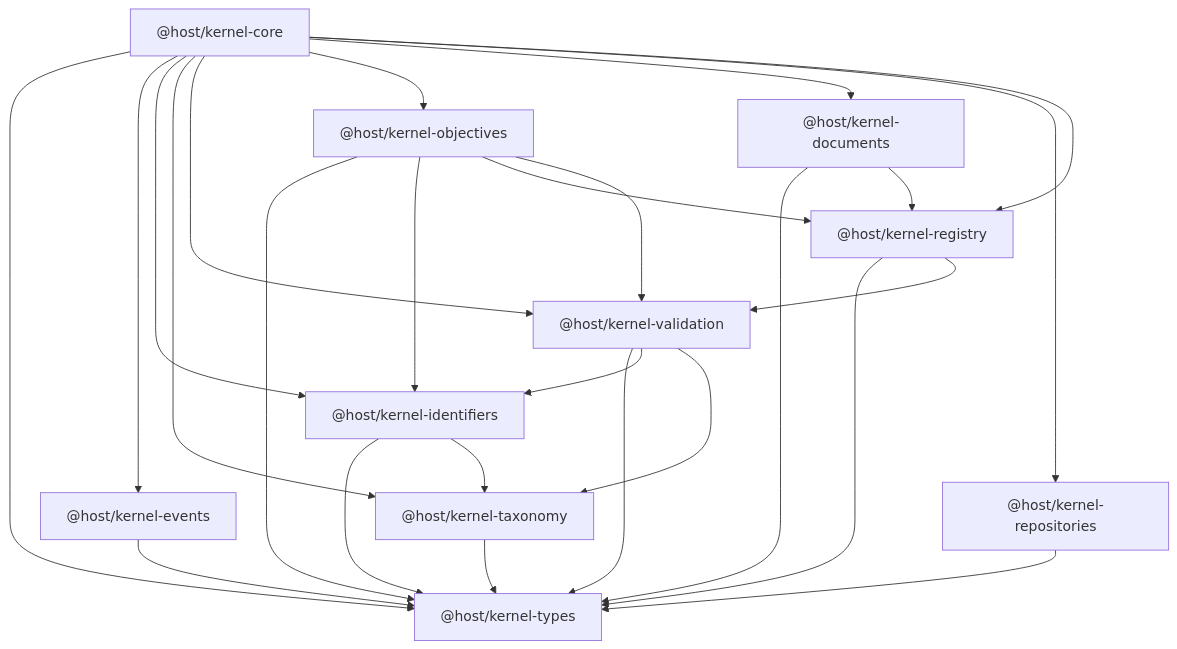
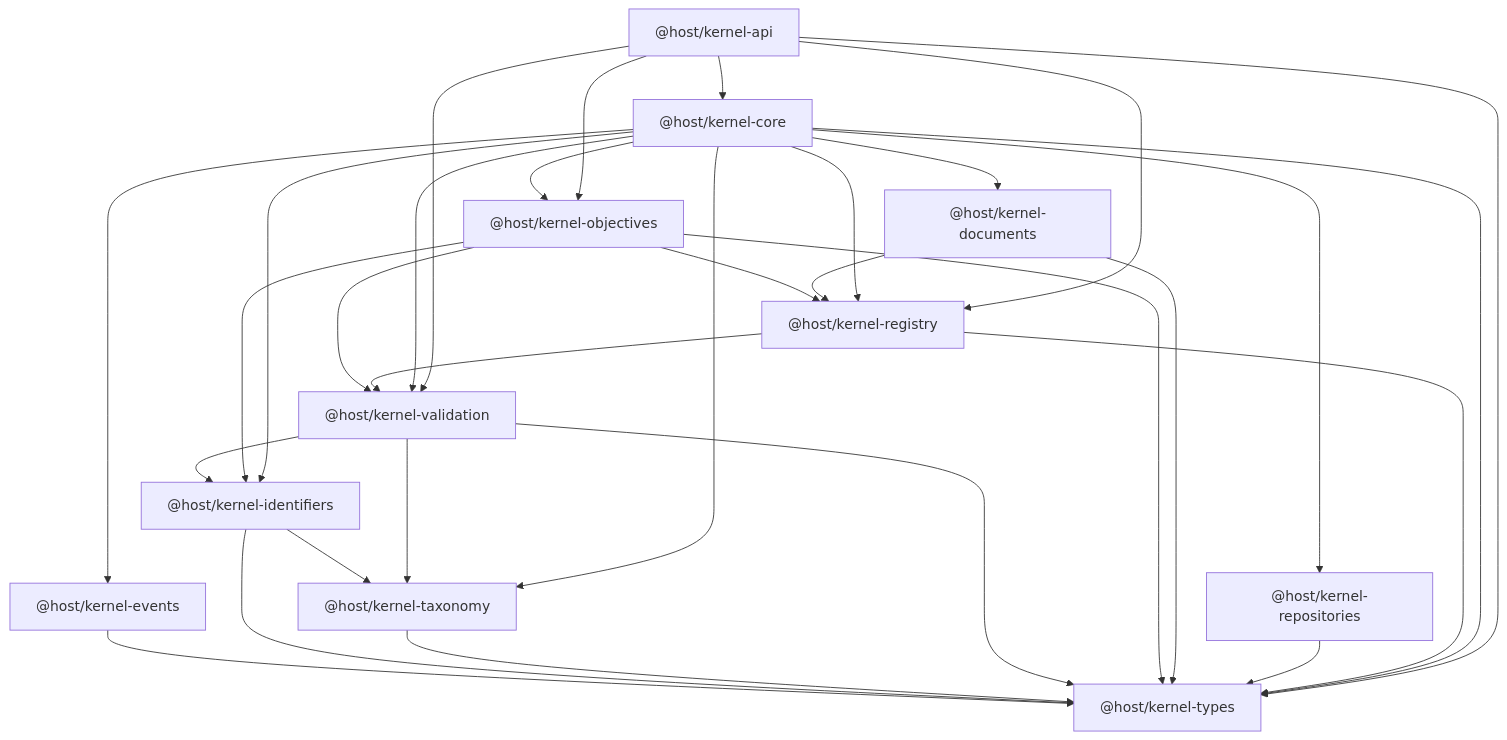
The diagram in docs/architecture/package-dependency-graph.md (captjreacher/HOST-kernel), drawn with Mermaid before and after one commit. The commit also changed other lines of this file and 17 other files, not shown here.

Commit message:
feat(kernel): complete HOST-1 core kernel

````diff
--- a/docs/architecture/package-dependency-graph.md
+++ b/docs/architecture/package-dependency-graph.md
@@ -3,39 +3,45 @@
 ```mermaid
 graph TD
   KTypes["@host/kernel-types"]
   KEvents["@host/kernel-events"]
   KIdentifiers["@host/kernel-identifiers"]
   KTaxonomy["@host/kernel-taxonomy"]
   KValidation["@host/kernel-validation"]
   KObjectives["@host/kernel-objectives"]
   KDocuments["@host/kernel-documents"]
   KRepositories["@host/kernel-repositories"]
   KRegistry["@host/kernel-registry"]
   KCore["@host/kernel-core"]
+  KApi["@host/kernel-api"]
 
   KEvents --> KTypes
   KIdentifiers --> KTypes
   KIdentifiers --> KTaxonomy
   KTaxonomy --> KTypes
   KValidation --> KTypes
   KValidation --> KIdentifiers
   KValidation --> KTaxonomy
   KObjectives --> KTypes
   KObjectives --> KIdentifiers
   KObjectives --> KRegistry
   KObjectives --> KValidation
   KDocuments --> KTypes
   KDocuments --> KRegistry
   KRepositories --> KTypes
   KRegistry --> KTypes
   KRegistry --> KValidation
   KCore --> KTypes
   KCore --> KEvents
   KCore --> KIdentifiers
   KCore --> KTaxonomy
   KCore --> KValidation
   KCore --> KObjectives
   KCore --> KDocuments
   KCore --> KRepositories
   KCore --> KRegistry
+  KApi --> KTypes
+  KApi --> KValidation
+  KApi --> KObjectives
+  KApi --> KRegistry
+  KApi --> KCore
 ```
````
